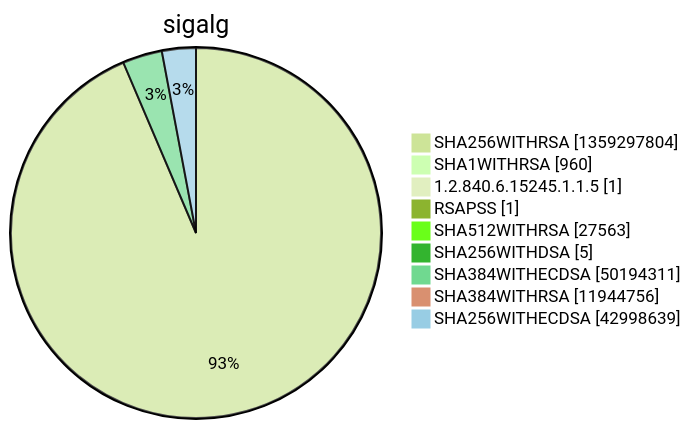
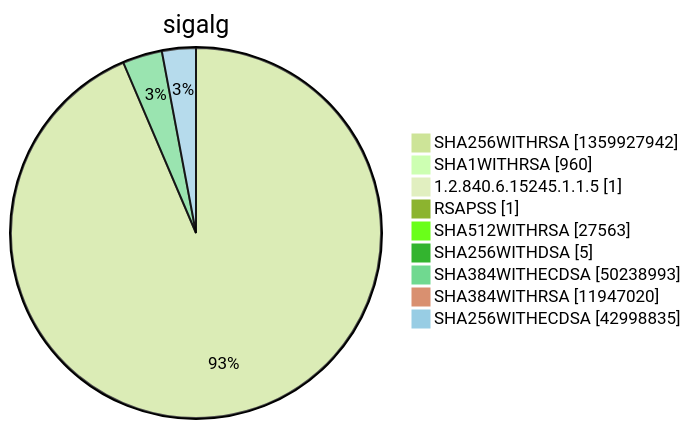
Before and after one commit to christiankrug/ctmonitor_visualization: diagram 15 of 15 in argon2022/README.md, drawn with Mermaid (forest theme). The commit also changed other lines of this file, not shown here.

````diff
--- a/argon2022/README.md
+++ b/argon2022/README.md
@@ -5524,13 +5524,13 @@
 ```mermaid
 pie showData
 title sigalg
-"SHA256WITHRSA" :1359297804
+"SHA256WITHRSA" :1359927942
 "SHA1WITHRSA" :960
 "1.2.840.6.15245.1.1.5" :1
 "RSAPSS" :1
 "SHA512WITHRSA" :27563
 "SHA256WITHDSA" :5
-"SHA384WITHECDSA" :50194311
-"SHA384WITHRSA" :11944756
-"SHA256WITHECDSA" :42998639
+"SHA384WITHECDSA" :50238993
+"SHA384WITHRSA" :11947020
+"SHA256WITHECDSA" :42998835
 ```
````
